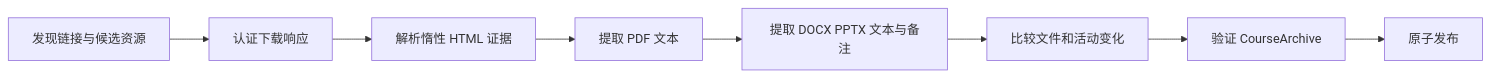
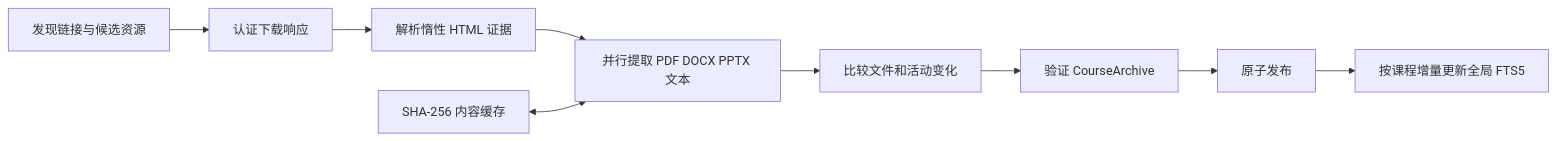
The second of 2 diagrams in ARCHITECTURE.md (Jerry6921/HSAS), drawn with Mermaid before and after one commit. The commit also changed other lines of this file and 28 other files, not shown here.

````diff
--- a/ARCHITECTURE.md
+++ b/ARCHITECTURE.md
@@ -104,10 +104,11 @@
 ```mermaid
 flowchart LR
     Discover[发现链接与候选资源] --> Download[认证下载响应]
     Download --> Parse[解析惰性 HTML 证据]
-    Parse --> PDF[提取 PDF 文本]
-    PDF --> Office[提取 DOCX PPTX 文本与备注]
-    Office --> Changes[比较文件和活动变化]
+    Parse --> Analysis[并行提取 PDF DOCX PPTX 文本]
+    Cache[SHA-256 内容缓存] <--> Analysis
+    Analysis --> Changes[比较文件和活动变化]
     Changes --> Validate[验证 CourseArchive]
     Validate --> Publish[原子发布]
+    Publish --> FTS[按课程增量更新全局 FTS5]
 ```
````
